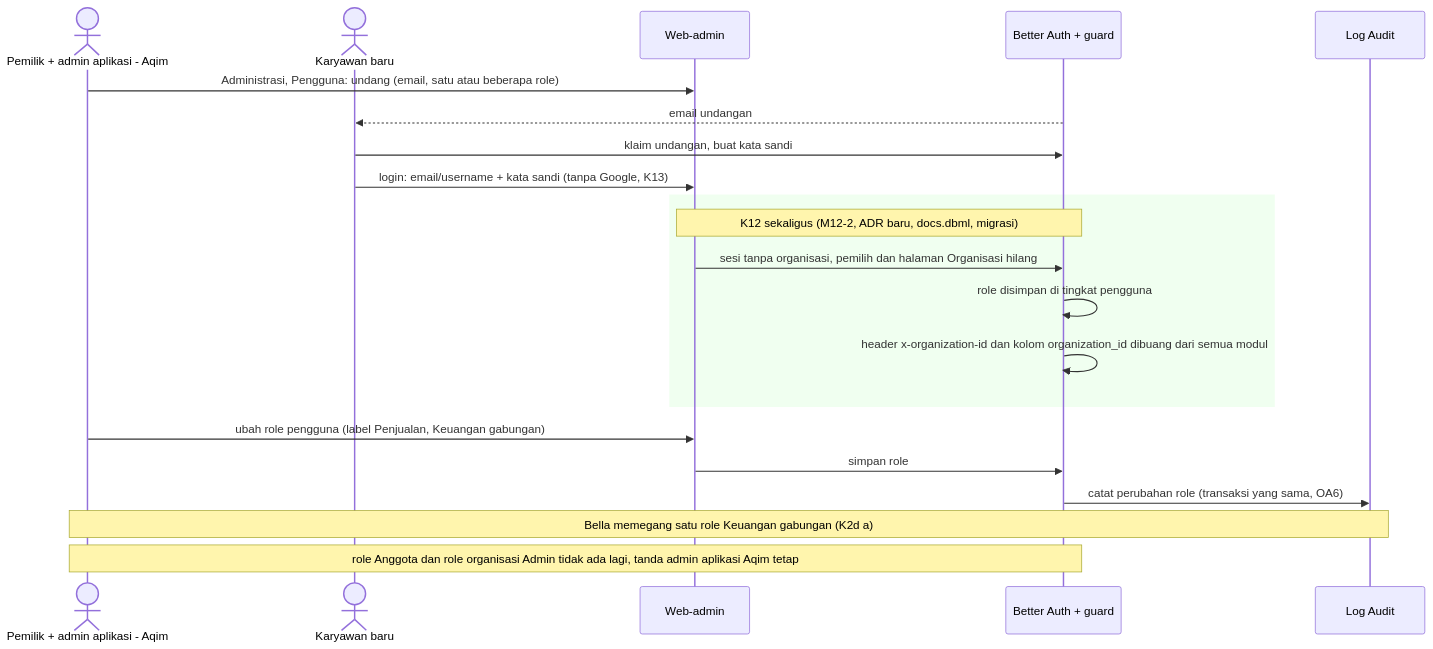
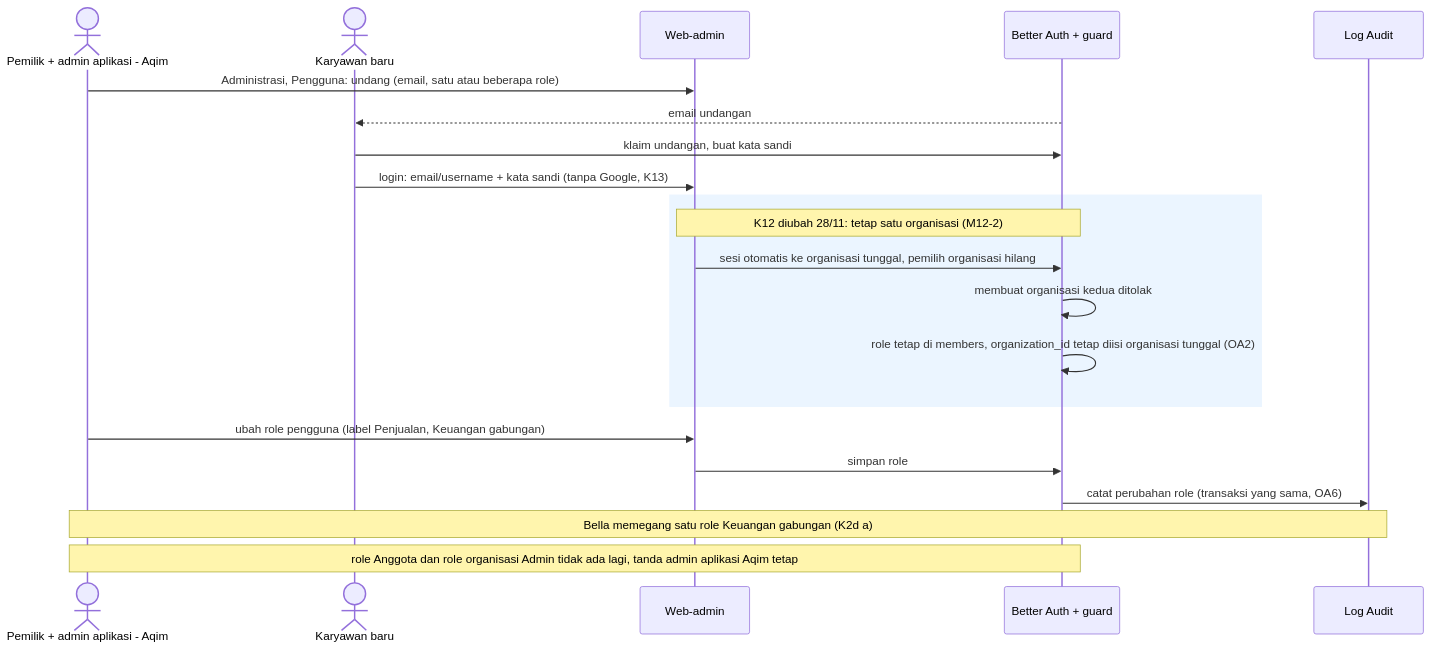
One commit to okifirsyah404/ims-erp changed diagram 13 of 22 in docs/adjustment/3-rancangan/diagram-alur/sekarang-vs-sesudah.md. Above: the diagram before and after it, drawn with Mermaid. The commit also changed other lines of this file and 16 other files, not shown here.

````diff
--- a/docs/adjustment/3-rancangan/diagram-alur/sekarang-vs-sesudah.md
+++ b/docs/adjustment/3-rancangan/diagram-alur/sekarang-vs-sesudah.md
@@ -527,24 +527,24 @@
 ```mermaid
 sequenceDiagram
     actor W as Pemilik + admin aplikasi - Aqim
     actor U as Karyawan baru
     participant WA as Web-admin
     participant AUTH as Better Auth + guard
     participant AU as Log Audit
 
     W->>WA: Administrasi, Pengguna: undang (email, satu atau beberapa role)
     AUTH-->>U: email undangan
     U->>AUTH: klaim undangan, buat kata sandi
     U->>WA: login: email/username + kata sandi (tanpa Google, K13)
-    rect rgb(240, 255, 240)
-        Note over WA,AUTH: K12 sekaligus (M12-2, ADR baru, docs.dbml, migrasi)
-        WA->>AUTH: sesi tanpa organisasi, pemilih dan halaman Organisasi hilang
-        AUTH->>AUTH: role disimpan di tingkat pengguna
-        AUTH->>AUTH: header x-organization-id dan kolom organization_id dibuang dari semua modul
+    rect rgb(235, 245, 255)
+        Note over WA,AUTH: K12 diubah 28/11: tetap satu organisasi (M12-2)
+        WA->>AUTH: sesi otomatis ke organisasi tunggal, pemilih organisasi hilang
+        AUTH->>AUTH: membuat organisasi kedua ditolak
+        AUTH->>AUTH: role tetap di members, organization_id tetap diisi organisasi tunggal (OA2)
     end
     W->>WA: ubah role pengguna (label Penjualan, Keuangan gabungan)
     WA->>AUTH: simpan role
     AUTH->>AU: catat perubahan role (transaksi yang sama, OA6)
     Note over W,AU: Bella memegang satu role Keuangan gabungan (K2d a)
     Note over W,AUTH: role Anggota dan role organisasi Admin tidak ada lagi, tanda admin aplikasi Aqim tetap
 ```
````
